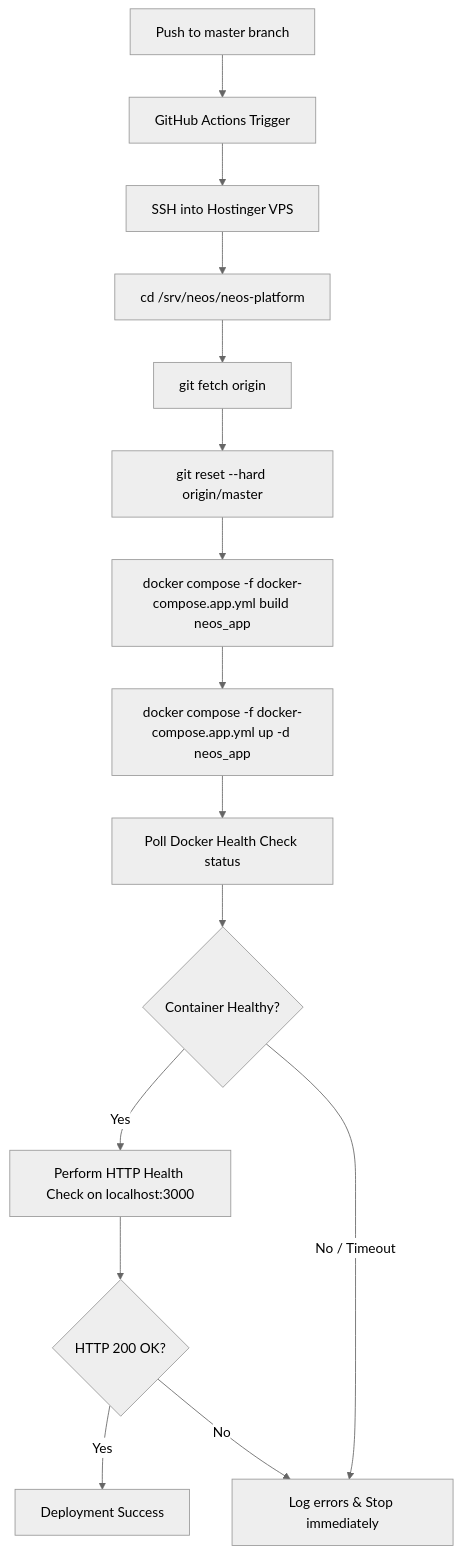
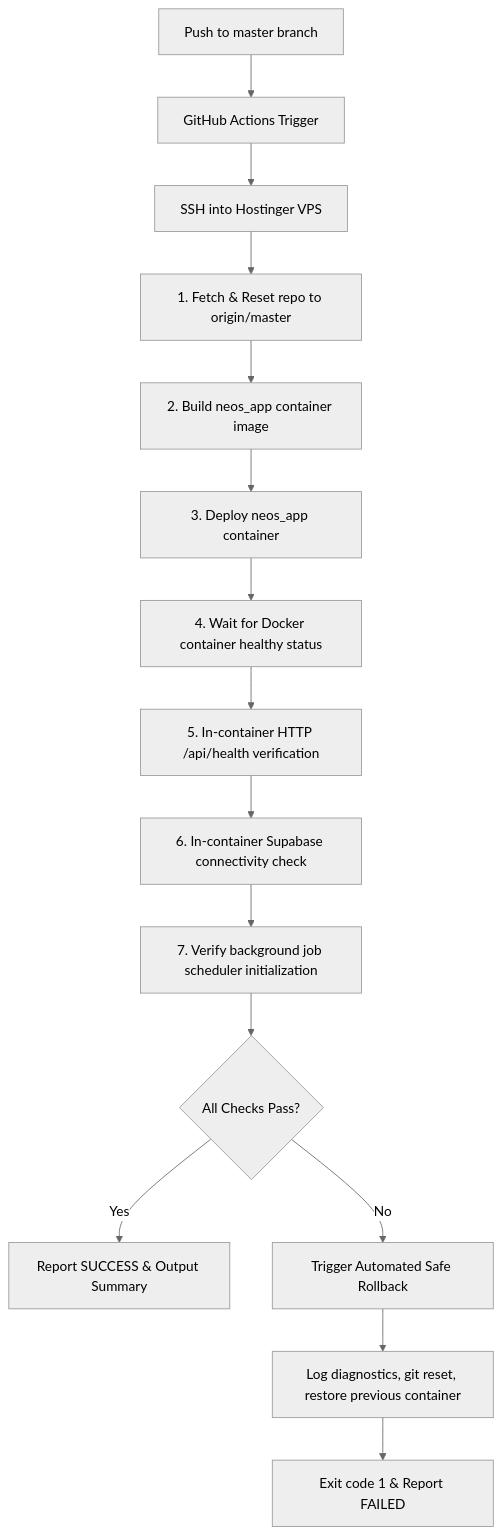
One commit to nasimhwb/neos-platform changed the diagram in docs/DEPLOYMENT_WORKFLOW.md. Above: the diagram before and after it, drawn with Mermaid (neutral theme). The commit also changed other lines of this file and 3 other files, not shown here.

Commit message:
feat(cd): redesign production deployment pipeline with in-container health checks, automated rollback, and Traefik routing

````diff
--- a/docs/DEPLOYMENT_WORKFLOW.md
+++ b/docs/DEPLOYMENT_WORKFLOW.md
@@ -79,17 +60,17 @@
 ```mermaid
 graph TD
     A[Push to master branch] --> B[GitHub Actions Trigger]
     B --> C[SSH into Hostinger VPS]
-    C --> D["cd /srv/neos/neos-platform"]
-    D --> E[git fetch origin]
-    E --> F[git reset --hard origin/master]
-    F --> G[docker compose -f docker-compose.app.yml build neos_app]
-    G --> H[docker compose -f docker-compose.app.yml up -d neos_app]
-    H --> I[Poll Docker Health Check status]
-    I --> J{Container Healthy?}
-    J -- Yes --> K[Perform HTTP Health Check on localhost:3000]
-    J -- No / Timeout --> L[Log errors & Stop immediately]
-    K --> M{HTTP 200 OK?}
-    M -- Yes --> N[Deployment Success]
-    M -- No --> L
+    C --> D[1. Fetch & Reset repo to origin/master]
+    D --> E[2. Build neos_app container image]
+    E --> F[3. Deploy neos_app container]
+    F --> G[4. Wait for Docker container healthy status]
+    G --> H[5. In-container HTTP /api/health verification]
+    H --> I[6. In-container Supabase connectivity check]
+    I --> J[7. Verify background job scheduler initialization]
+    J --> K{All Checks Pass?}
+    K -- Yes --> L[Report SUCCESS & Output Summary]
+    K -- No --> M[Trigger Automated Safe Rollback]
+    M --> N[Log diagnostics, git reset, restore previous container]
+    N --> O[Exit code 1 & Report FAILED]
 ```
````
